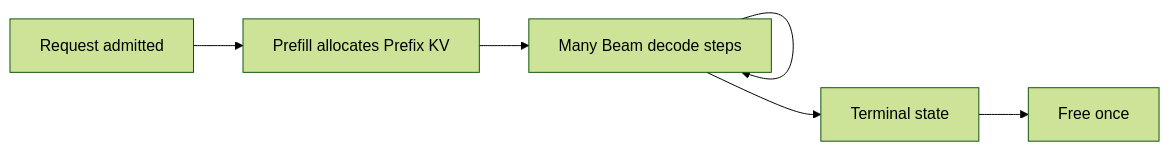
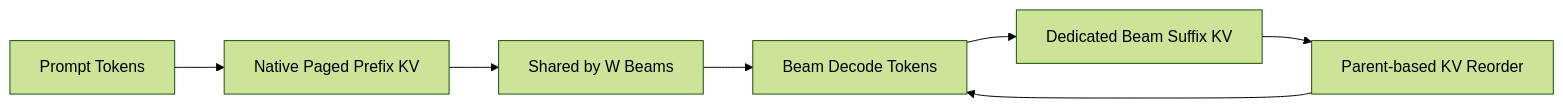
Before and after one commit to zhanghanleo10/gr-related: the seventh of 10 diagrams in GR/engine_owned_persistent_beam_session_feature_design.md, drawn with Mermaid (forest theme). The commit also changed other lines of this file, not shown here.

Commit message:
Update persistent beam session architecture

```diff
--- a/GR/engine_owned_persistent_beam_session_feature_design.md
+++ b/GR/engine_owned_persistent_beam_session_feature_design.md
@@ -812,14 +769,16 @@
 ~~~mermaid
 flowchart LR
-    A["Request admitted"]
-    P["Prefill allocates Prefix KV"]
-    D["Many Beam decode steps"]
-    T["Terminal state"]
-    F["Free once"]
+    PROMPT["Prompt Tokens"]
+    NATIVE["Native Paged Prefix KV"]
+    SHARE["Shared by W Beams"]
+    DECODE["Beam Decode Tokens"]
+    SUFFIX["Dedicated Beam Suffix KV"]
+    SELECT["Parent-based KV Reorder"]
 
-    A --> P
-    P --> D
-    D --> D
-    D --> T
-    T --> F
+    PROMPT --> NATIVE
+    NATIVE --> SHARE
+    SHARE --> DECODE
+    DECODE --> SUFFIX
+    SUFFIX --> SELECT
+    SELECT --> DECODE
 ~~~
```
